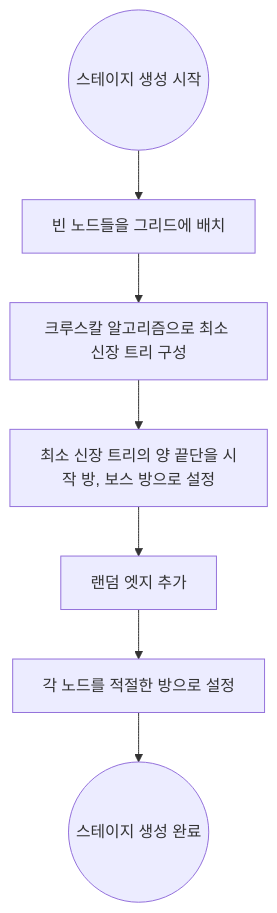
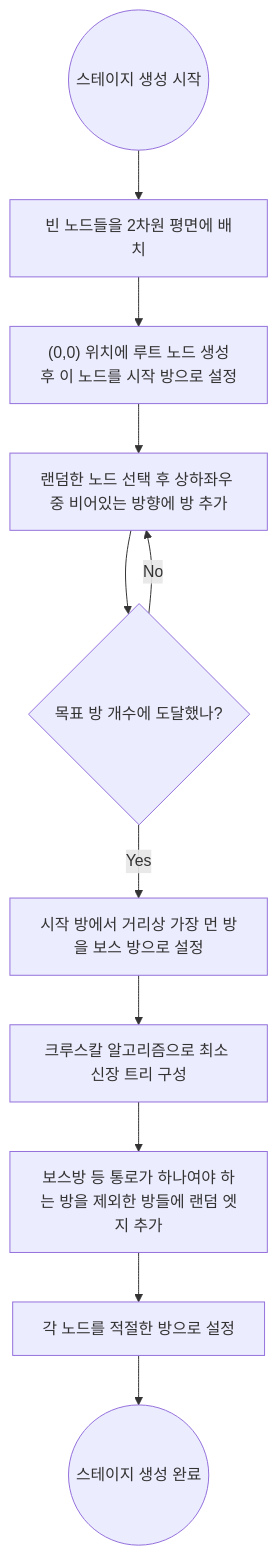
One commit to JIN5EOK/DungeonShooter changed the second of 4 diagrams in Assets/_README/Stage_Spec.md. Above: the diagram before and after it, drawn with Mermaid. The commit also changed other lines of this file and 3 other files, not shown here.

````diff
--- a/Assets/_README/Stage_Spec.md
+++ b/Assets/_README/Stage_Spec.md
@@ -85,9 +85,13 @@
 ```mermaid
 graph TD;
-    Start((스테이지 생성 시작)) --> A[빈 노드들을 그리드에 배치]
-    A --> B[크루스칼 알고리즘으로 최소 신장 트리 구성]
-    B --> C[최소 신장 트리의 양 끝단을 시작 방, 보스 방으로 설정]
-    C --> D[랜덤 엣지 추가]
+    Start((스테이지 생성 시작)) --> A[빈 노드들을 2차원 평면에 배치]
+    A --> A1["(0,0) 위치에 루트 노드 생성후 이 노드를 시작 방으로 설정"]
+    A1 --> A2[랜덤한 노드 선택 후 상하좌우 중 비어있는 방향에 방 추가]
+    A2 --> A3{목표 방 개수에 도달했나?}
+    A3 -->|No| A2
+    A3 -->|Yes| B[시작 방에서 거리상 가장 먼 방을 보스 방으로 설정]
+    B --> C[크루스칼 알고리즘으로 최소 신장 트리 구성]
+    C --> D[보스방 등 통로가 하나여야 하는 방을 제외한 방들에 랜덤 엣지 추가]
     D --> E[각 노드를 적절한 방으로 설정]
     E --> End((스테이지 생성 완료))
 ```
````
